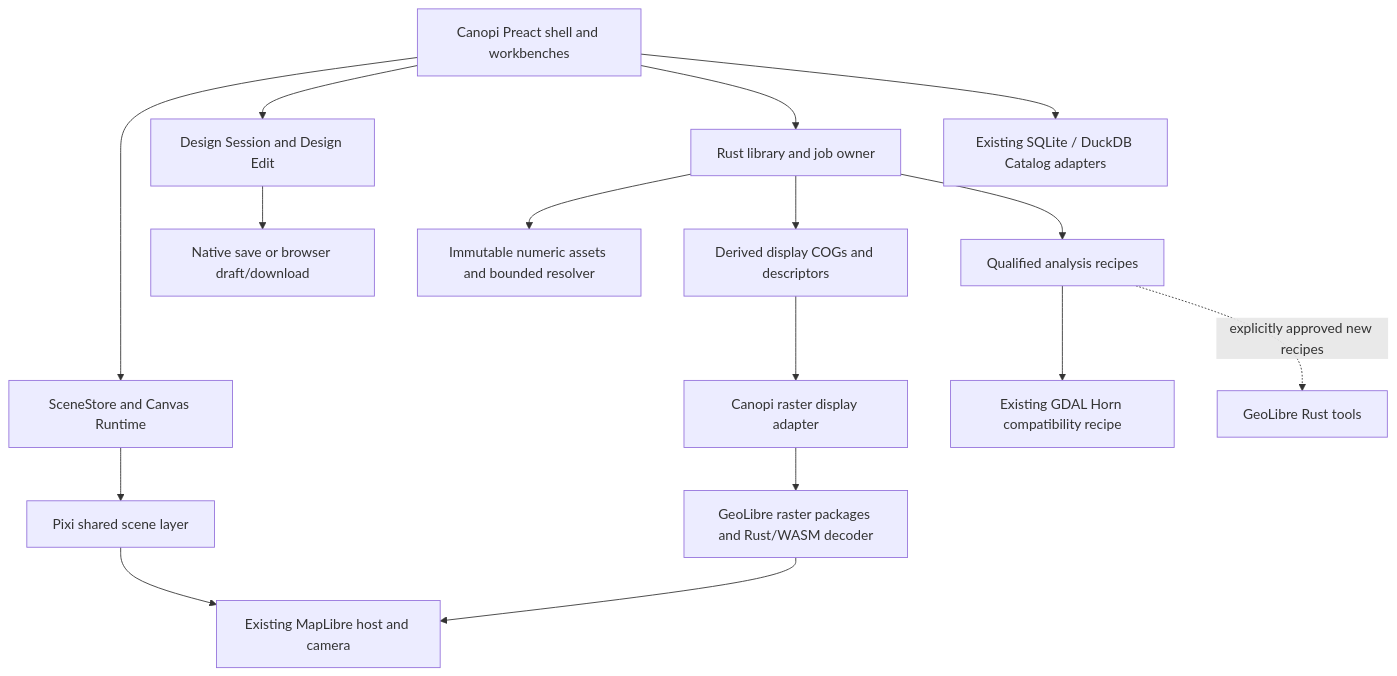
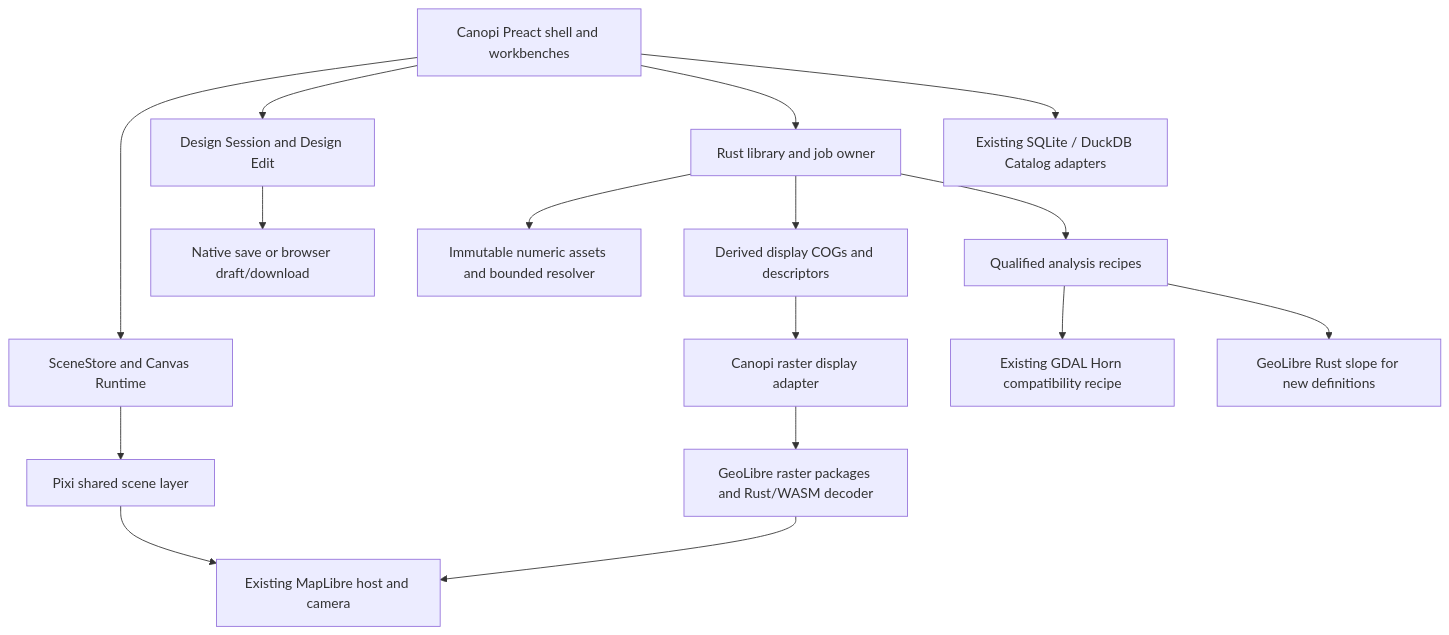
Before and after one commit to naejin/canopi: the diagram in docs/design/raster-rework/geolibre-adoption-plan.md, drawn with Mermaid. The commit also changed other lines of this file and 4 other files, not shown here.

Commit message:
docs: record accepted GeoLibre display and analysis decisions

````diff
--- a/docs/design/raster-rework/geolibre-adoption-plan.md
+++ b/docs/design/raster-rework/geolibre-adoption-plan.md
@@ -78,18 +78,18 @@
 ```mermaid
 flowchart TD
   UI[Canopi Preact shell and workbenches] --> Scene[SceneStore and Canvas Runtime]
   UI --> Design[Design Session and Design Edit]
   UI --> Library[Rust library and job owner]
   Scene --> Pixi[Pixi shared scene layer]
   Design --> Persist[Native save or browser draft/download]
   Library --> Numeric[Immutable numeric assets and bounded resolver]
   Library --> Display[Derived display COGs and descriptors]
   Display --> Adapter[Canopi raster display adapter]
   Adapter --> Upstream[GeoLibre raster packages and Rust/WASM decoder]
   Upstream --> Map[Existing MapLibre host and camera]
   Pixi --> Map
   Library --> Analysis[Qualified analysis recipes]
   Analysis --> Horn[Existing GDAL Horn compatibility recipe]
-  Analysis -. explicitly approved new recipes .-> Tools[GeoLibre Rust tools]
+  Analysis --> Tools[GeoLibre Rust slope for new definitions]
   UI --> Plants[Existing SQLite / DuckDB Catalog adapters]
 ```
````
